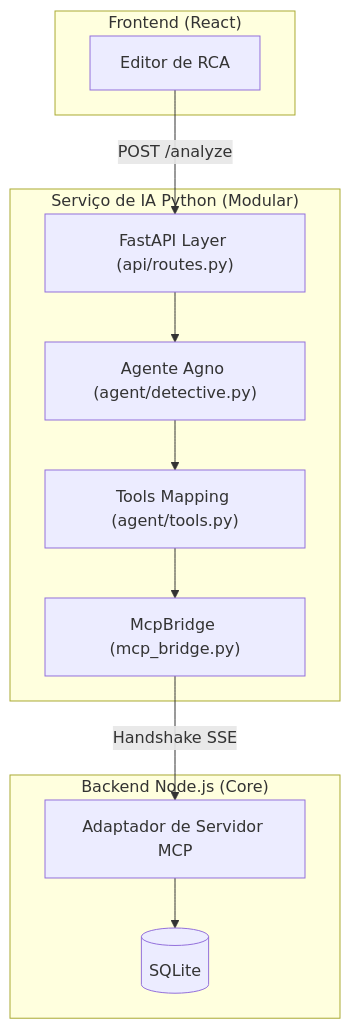
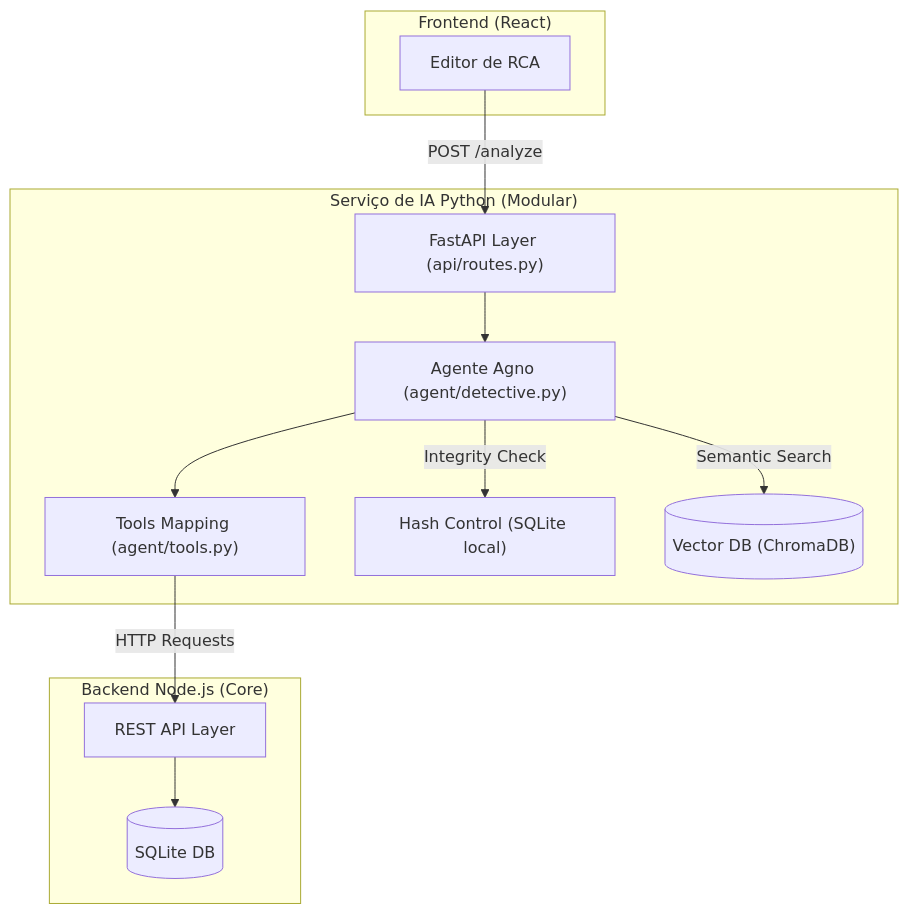
The diagram in docs/ai/DESIGN_TECNICO.md (GuimaraesL/RCA-System), drawn with Mermaid before and after one commit. The commit also changed other lines of this file and 21 other files, not shown here.

````diff
--- a/docs/ai/DESIGN_TECNICO.md
+++ b/docs/ai/DESIGN_TECNICO.md
@@ -35,26 +29,28 @@
 ```mermaid
 graph TD
     subgraph "Frontend (React)"
         UI["Editor de RCA"]
     end
 
     subgraph "Backend Node.js (Core)"
-        MCPS["Adaptador de Servidor MCP"]
-        SQL[("SQLite")]
+        REST["REST API Layer"]
+        SQL[("SQLite DB")]
     end
 
     subgraph "Serviço de IA Python (Modular)"
         API["FastAPI Layer (api/routes.py)"]
         AGN["Agente Agno (agent/detective.py)"]
         TOOL["Tools Mapping (agent/tools.py)"]
-        MCPC["McpBridge (mcp_bridge.py)"]
+        HASH["Hash Control (SQLite local)"]
+        CHROMA[("Vector DB (ChromaDB)")]
     end
 
     %% Fluxos
     UI -- "POST /analyze" --> API
     API --> AGN
     AGN --> TOOL
-    TOOL --> MCPC
-    MCPC -- "Handshake SSE" --> MCPS
-    MCPS --> SQL
+    TOOL -- "HTTP Requests" --> REST
+    REST --> SQL
+    AGN -- "Semantic Search" --> CHROMA
+    AGN -- "Integrity Check" --> HASH
 ```
````
